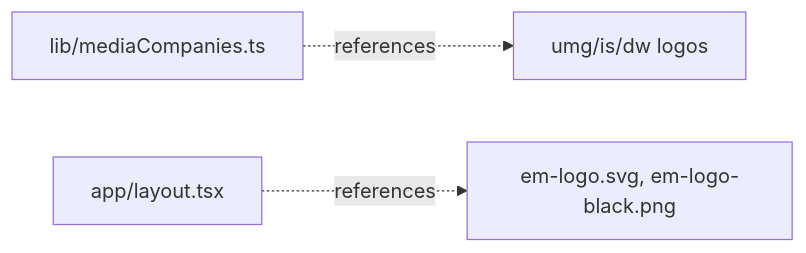
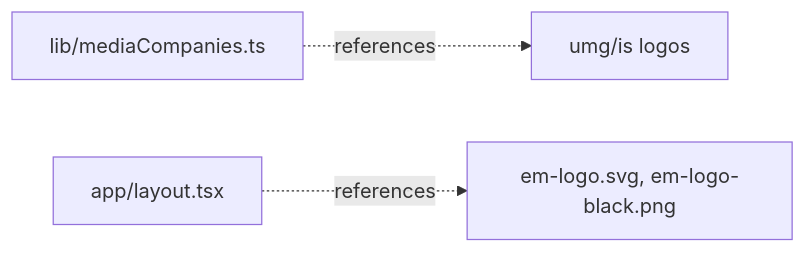
The diagram in docs/codebase/apps/echo-media/public/images/banner/README.md (huuaho/umg-headless), drawn with Mermaid before and after one commit. The commit also changed other lines of this file and 34 other files, not shown here.

````diff
--- a/docs/codebase/apps/echo-media/public/images/banner/README.md
+++ b/docs/codebase/apps/echo-media/public/images/banner/README.md
@@ -18,5 +16,5 @@
 ```mermaid
 graph LR
-  mediaCompanies["lib/mediaCompanies.ts"] -.references.-> partners["umg/is/dw logos"]
+  mediaCompanies["lib/mediaCompanies.ts"] -.references.-> partners["umg/is logos"]
   layout["app/layout.tsx"] -.references.-> own["em-logo.svg, em-logo-black.png"]
 ```
````
